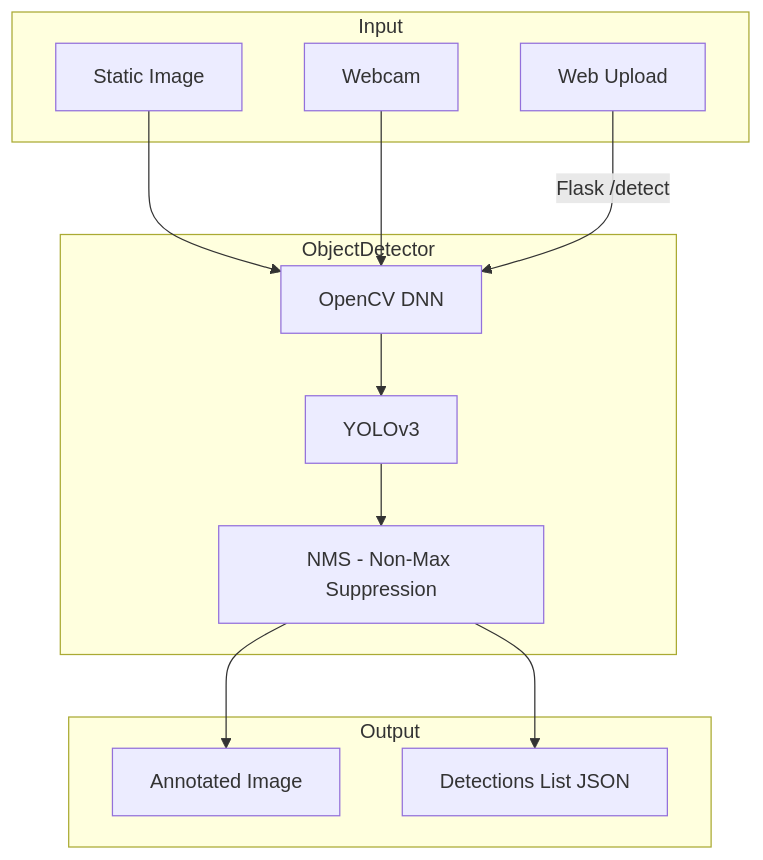
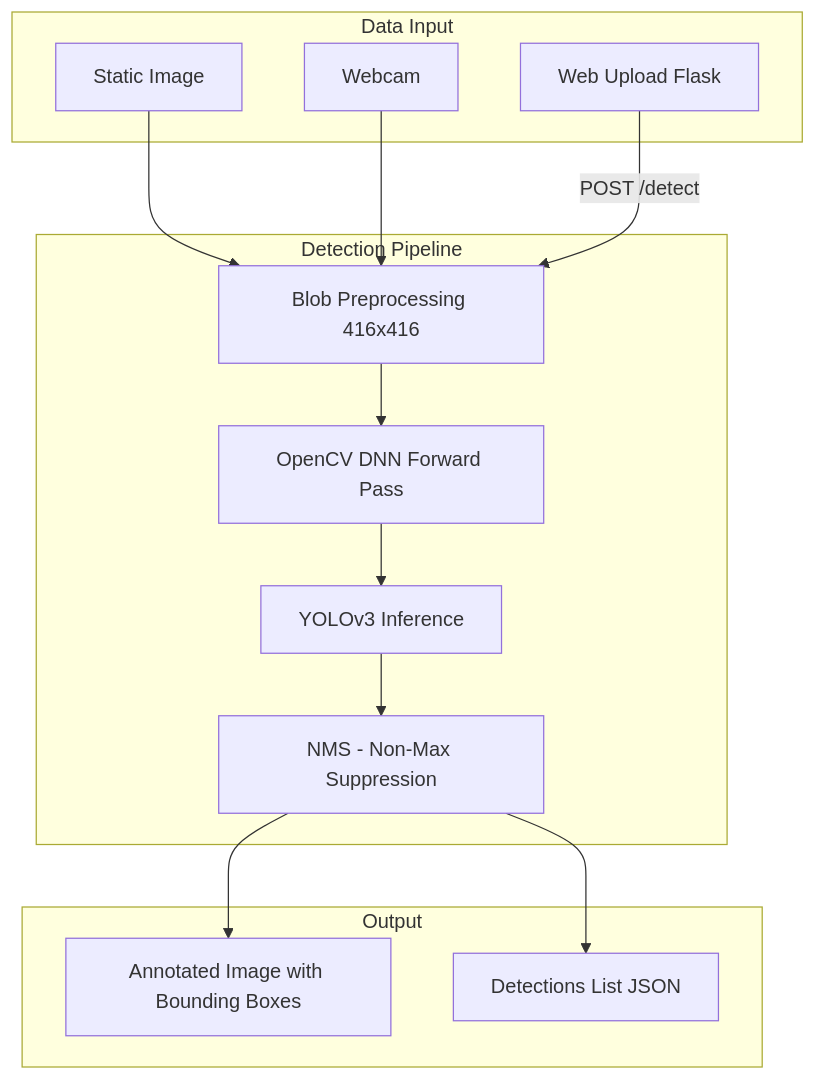
The second of 2 diagrams in README.md (galafis/Computer-Vision-Object-Detection), drawn with Mermaid before and after one commit. The commit also changed other lines of this file and 1 other file, not shown here.

````diff
--- a/README.md
+++ b/README.md
@@ -134,26 +174,27 @@
 ```mermaid
-graph TB
-    subgraph Input["Input"]
+graph TD
+    subgraph Input["Data Input"]
         A[Static Image]
         B[Webcam]
-        C[Web Upload]
+        C[Web Upload Flask]
     end
 
-    subgraph Detector["ObjectDetector"]
-        D[OpenCV DNN]
-        E[YOLOv3]
-        F[NMS - Non-Max Suppression]
+    subgraph Pipeline["Detection Pipeline"]
+        D[Blob Preprocessing 416x416]
+        E[OpenCV DNN Forward Pass]
+        F[YOLOv3 Inference]
+        G[NMS - Non-Max Suppression]
     end
 
     subgraph Output["Output"]
-        G[Annotated Image]
-        H[Detections List JSON]
+        H[Annotated Image with Bounding Boxes]
+        I[Detections List JSON]
     end
 
     A --> D
     B --> D
-    C -->|Flask /detect| D
-    D --> E --> F
-    F --> G
-    F --> H
+    C -->|POST /detect| D
+    D --> E --> F --> G
+    G --> H
+    G --> I
 ```
````
